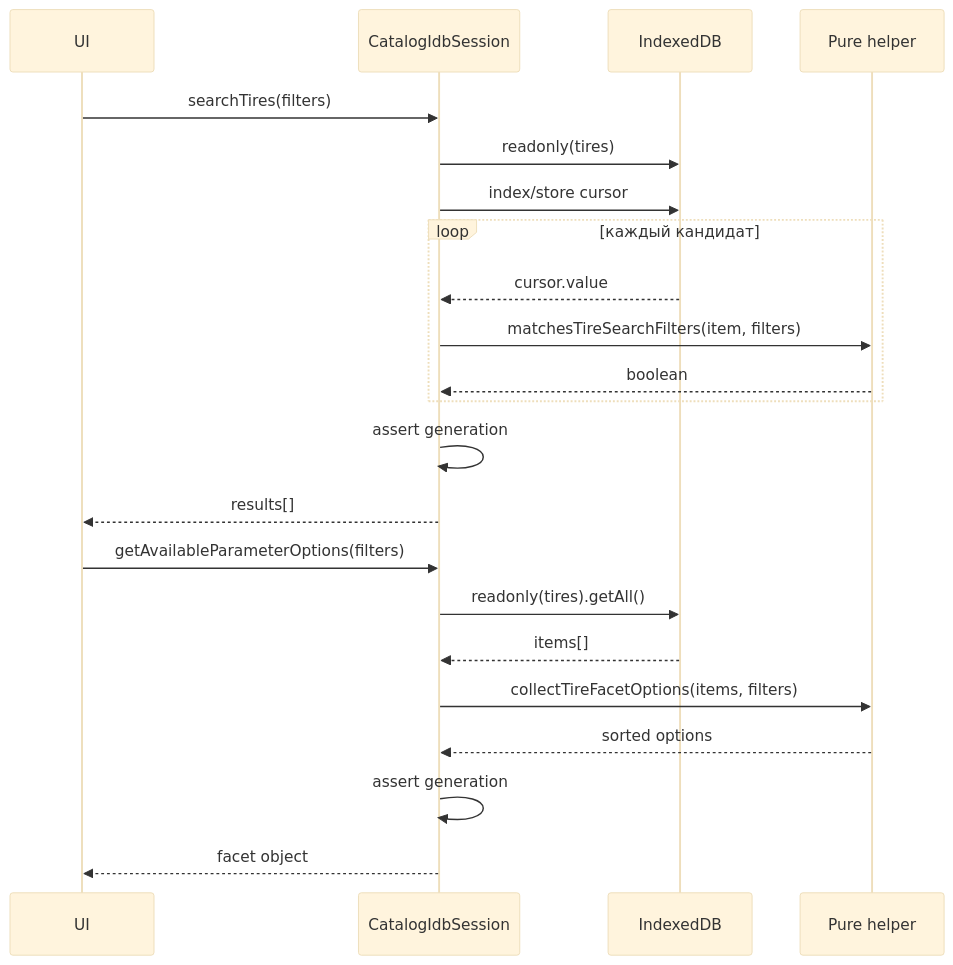
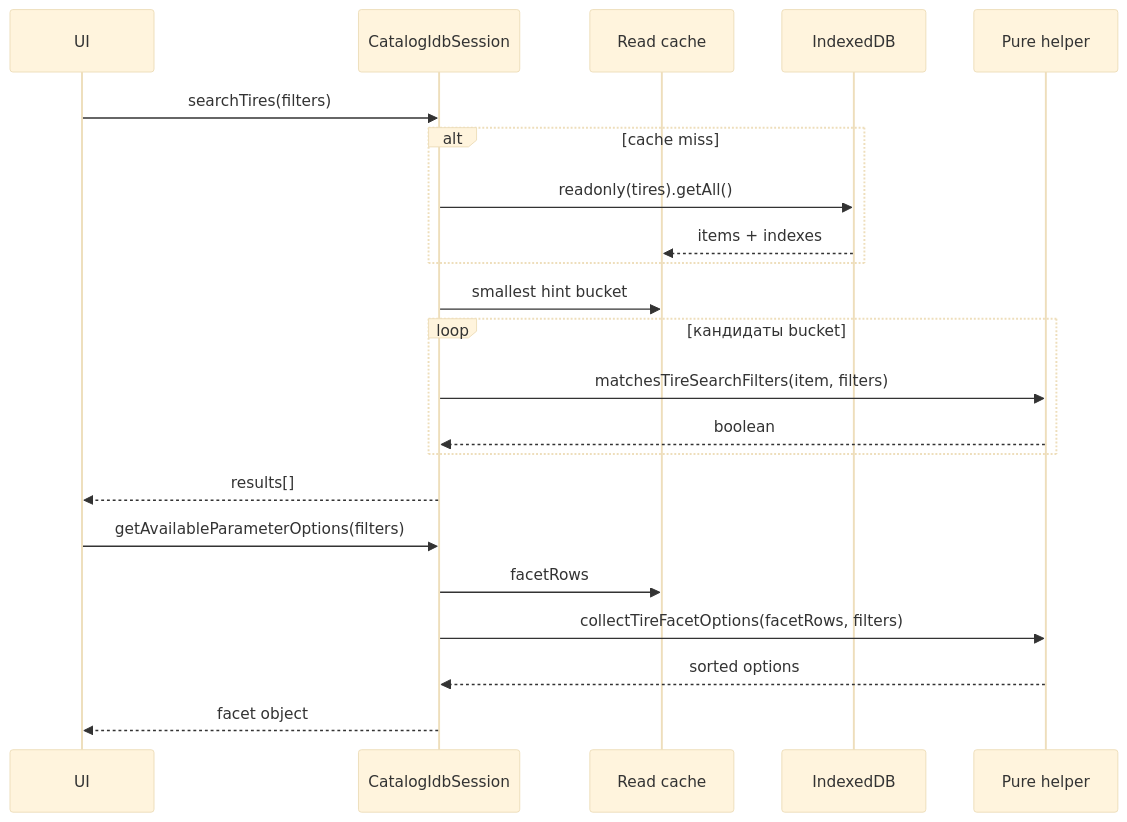
One commit to iscander-b10/tyres_discs changed the second of 2 diagrams in docs/05-catalog-storage/queries-filters-facets.md. Above: the diagram before and after it, drawn with Mermaid (base theme). The commit also changed other lines of this file and 25 other files, not shown here.

Commit message:
Speed up catalog search by reading RAM cache instead of scanning IndexedDB on every filter change.

````diff
--- a/docs/05-catalog-storage/queries-filters-facets.md
+++ b/docs/05-catalog-storage/queries-filters-facets.md
@@ -191,25 +191,25 @@
 ```mermaid
 sequenceDiagram
     participant UI
     participant S as CatalogIdbSession
+    participant RAM as Read cache
     participant DB as IndexedDB
     participant H as Pure helper
     UI->>S: searchTires(filters)
-    S->>DB: readonly(tires)
-    S->>DB: index/store cursor
-    loop каждый кандидат
-        DB-->>S: cursor.value
+    alt cache miss
+        S->>DB: readonly(tires).getAll()
+        DB-->>RAM: items + indexes
+    end
+    S->>RAM: smallest hint bucket
+    loop кандидаты bucket
         S->>H: matchesTireSearchFilters(item, filters)
         H-->>S: boolean
     end
-    S->>S: assert generation
     S-->>UI: results[]
 
     UI->>S: getAvailableParameterOptions(filters)
-    S->>DB: readonly(tires).getAll()
-    DB-->>S: items[]
-    S->>H: collectTireFacetOptions(items, filters)
+    S->>RAM: facetRows
+    S->>H: collectTireFacetOptions(facetRows, filters)
     H-->>S: sorted options
-    S->>S: assert generation
     S-->>UI: facet object
 ```
````
